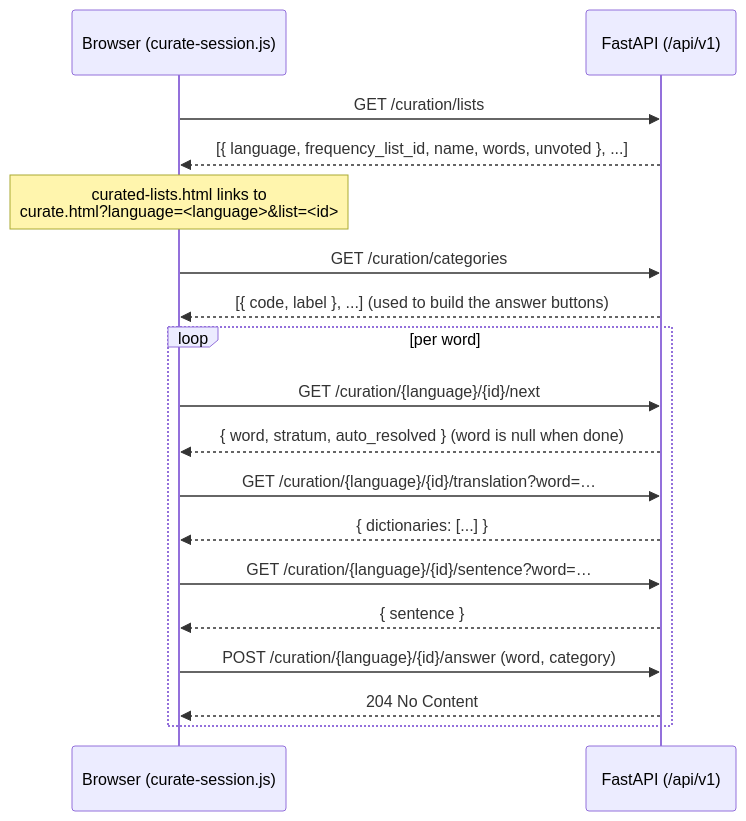
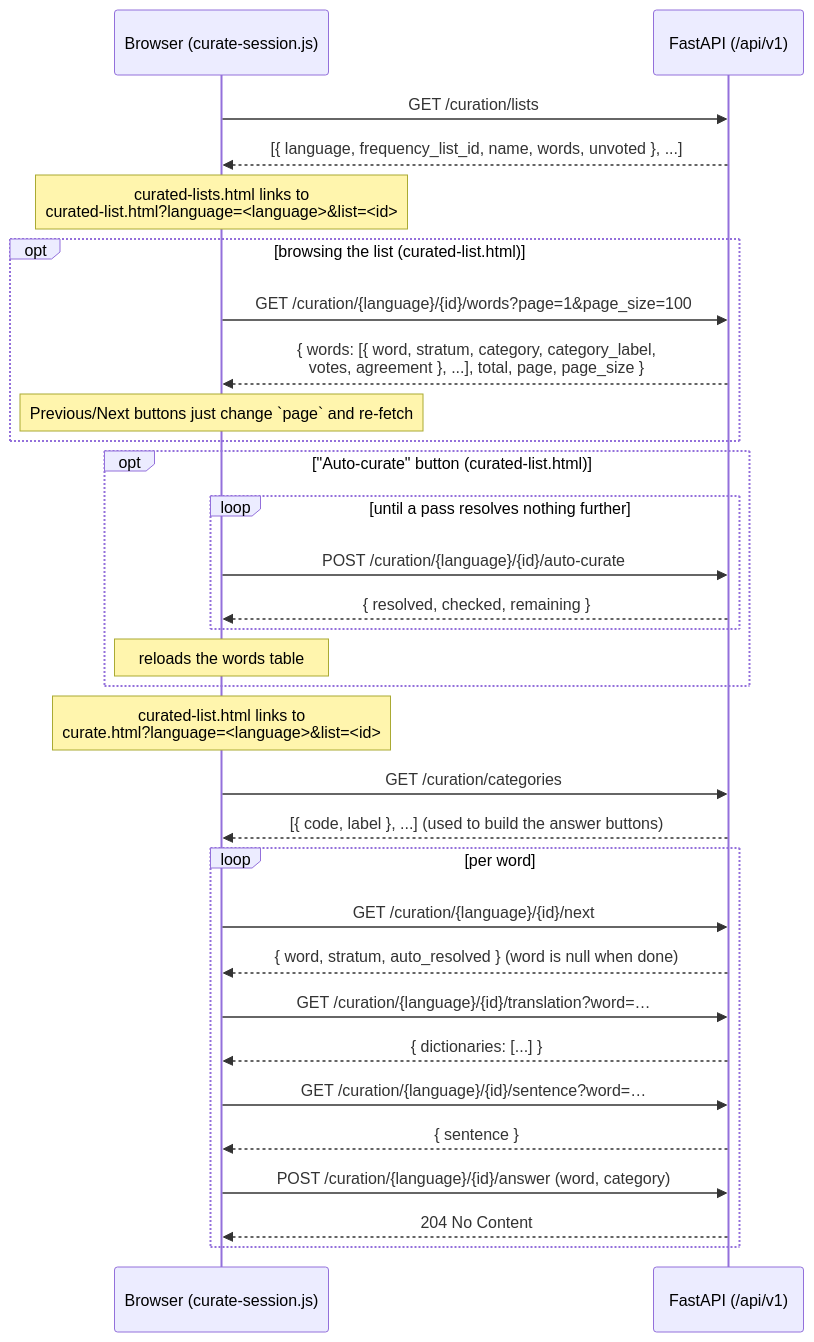
The third of 3 diagrams in web/README.md (enzet/Emmio), drawn with Mermaid before and after one commit. The commit also changed other lines of this file and 8 other files, not shown here.

Commit message:
Support auto-curation

````diff
--- a/web/README.md
+++ b/web/README.md
@@ -192,23 +194,38 @@
 ```mermaid
 sequenceDiagram
     participant B as Browser (curate-session.js)
     participant A as FastAPI (/api/v1)
 
     B->>A: GET /curation/lists
     A-->>B: [{ language, frequency_list_id, name, words, unvoted }, ...]
-    Note over B: curated-lists.html links to<br/>curate.html?language=<language>&list=<id>
+    Note over B: curated-lists.html links to<br/>curated-list.html?language=<language>&list=<id>
 
+    opt browsing the list (curated-list.html)
+        B->>A: GET /curation/{language}/{id}/words?page=1&page_size=100
+        A-->>B: { words: [{ word, stratum, category, category_label,<br/>votes, agreement }, ...], total, page, page_size }
+        Note over B: Previous/Next buttons just change `page` and re-fetch
+    end
+
+    opt "Auto-curate" button (curated-list.html)
+        loop until a pass resolves nothing further
+            B->>A: POST /curation/{language}/{id}/auto-curate
+            A-->>B: { resolved, checked, remaining }
+        end
+        Note over B: reloads the words table
+    end
+
+    Note over B: curated-list.html links to<br/>curate.html?language=<language>&list=<id>
     B->>A: GET /curation/categories
     A-->>B: [{ code, label }, ...]  (used to build the answer buttons)
 
     loop per word
         B->>A: GET /curation/{language}/{id}/next
         A-->>B: { word, stratum, auto_resolved }  (word is null when done)
         B->>A: GET /curation/{language}/{id}/translation?word=…
         A-->>B: { dictionaries: [...] }
         B->>A: GET /curation/{language}/{id}/sentence?word=…
         A-->>B: { sentence }
         B->>A: POST /curation/{language}/{id}/answer (word, category)
         A-->>B: 204 No Content
     end
 ```
````
